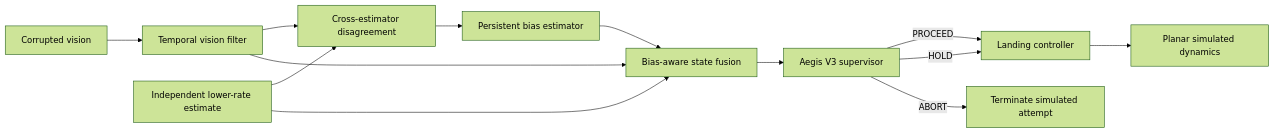
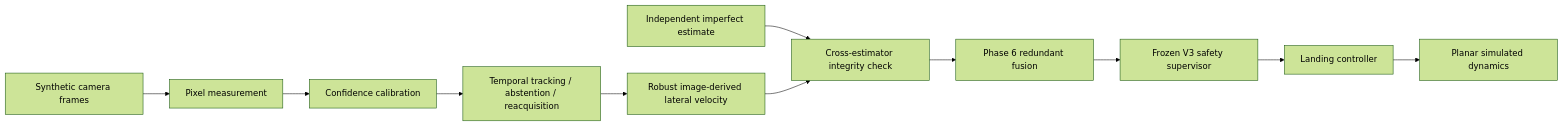
The diagram in README.md (suhaslord/uav-safety-research), drawn with Mermaid (forest theme) before and after one commit. The commit also changed other lines of this file, not shown here.

Commit message:
Publish frozen Phase 6 image-based results in README

````diff
--- a/README.md
+++ b/README.md
@@ -93,15 +27,13 @@
 ```mermaid
 flowchart LR
-    P["Corrupted vision"] --> F["Temporal vision filter"]
-    R["Independent lower-rate estimate"] --> D["Cross-estimator disagreement"]
-    F --> D
-    D --> B["Persistent bias estimator"]
-    B --> U["Bias-aware state fusion"]
-    F --> U
-    R --> U
-    U --> S["Aegis V3 supervisor"]
-    S -->|PROCEED| C["Landing controller"]
-    S -->|HOLD| C
-    S -->|ABORT| X["Terminate simulated attempt"]
-    C --> M["Planar simulated dynamics"]
+    I["Synthetic camera frames"] --> P["Pixel measurement"]
+    P --> C["Confidence calibration"]
+    C --> T["Temporal tracking / abstention / reacquisition"]
+    T --> V["Robust image-derived lateral velocity"]
+    R["Independent imperfect estimate"] --> D["Cross-estimator integrity check"]
+    V --> D
+    D --> F["Phase 6 redundant fusion"]
+    F --> S["Frozen V3 safety supervisor"]
+    S --> L["Landing controller"]
+    L --> M["Planar simulated dynamics"]
 ```
````
